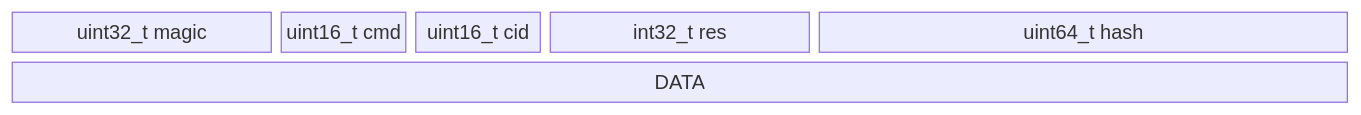
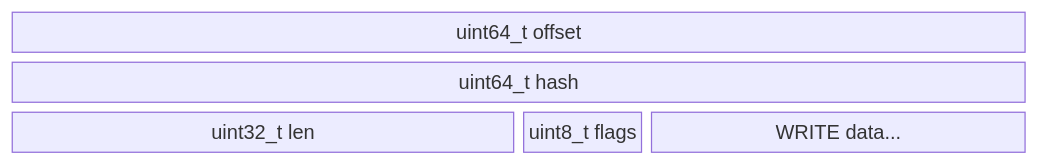
One commit to rawstor/librawstor changed the fourth of 15 diagrams in docs/protocol.md. Above: the diagram before and after it, drawn with Mermaid. The commit also changed other lines of this file and 2 other files, not shown here.

````diff
--- a/docs/protocol.md
+++ b/docs/protocol.md
@@ -53,6 +122,7 @@
 ```mermaid
 block-beta
-  columns 10
-  0["uint32_t magic"]:2 a["uint16_t cmd"]:1 aa["uint16_t cid"]:1 c["int32_t res"]:2 d["uint64_t hash"]:4
-  cc["DATA"]:10
+  columns 8
+  offset["uint64_t offset"]:8
+  hash["uint64_t hash"]:8
+  len["uint32_t len"]:4 flags["uint8_t flags"]:1 data["WRITE data..."]:3
 ```
````
